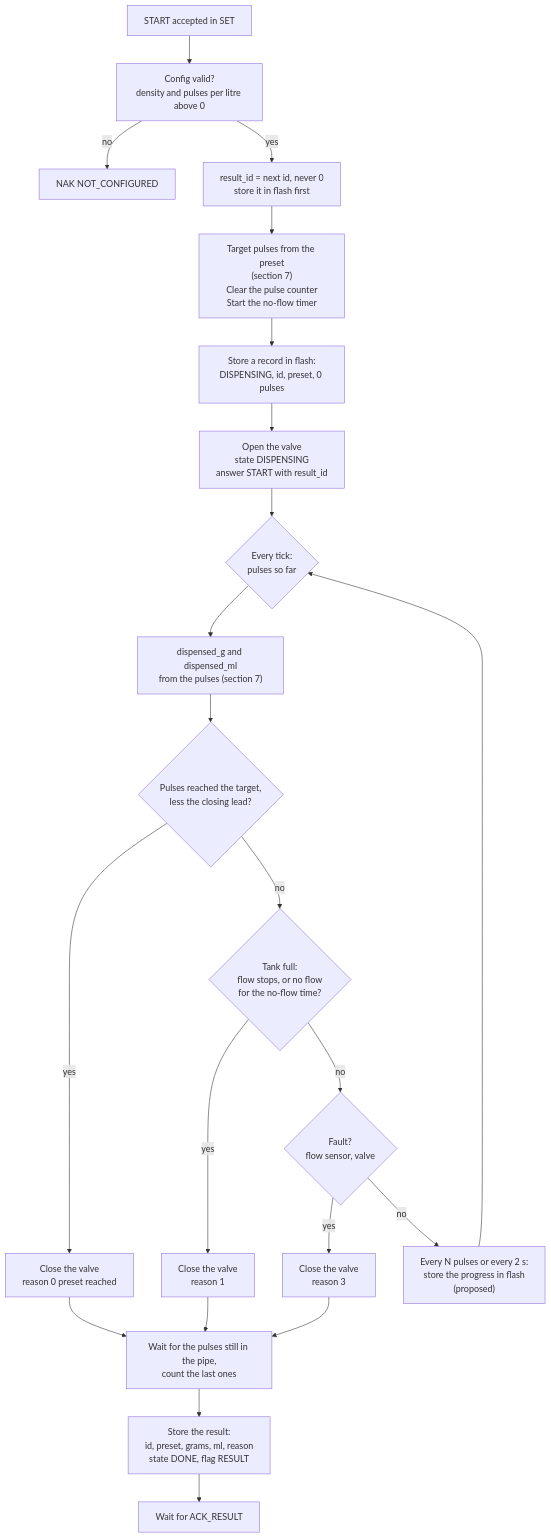
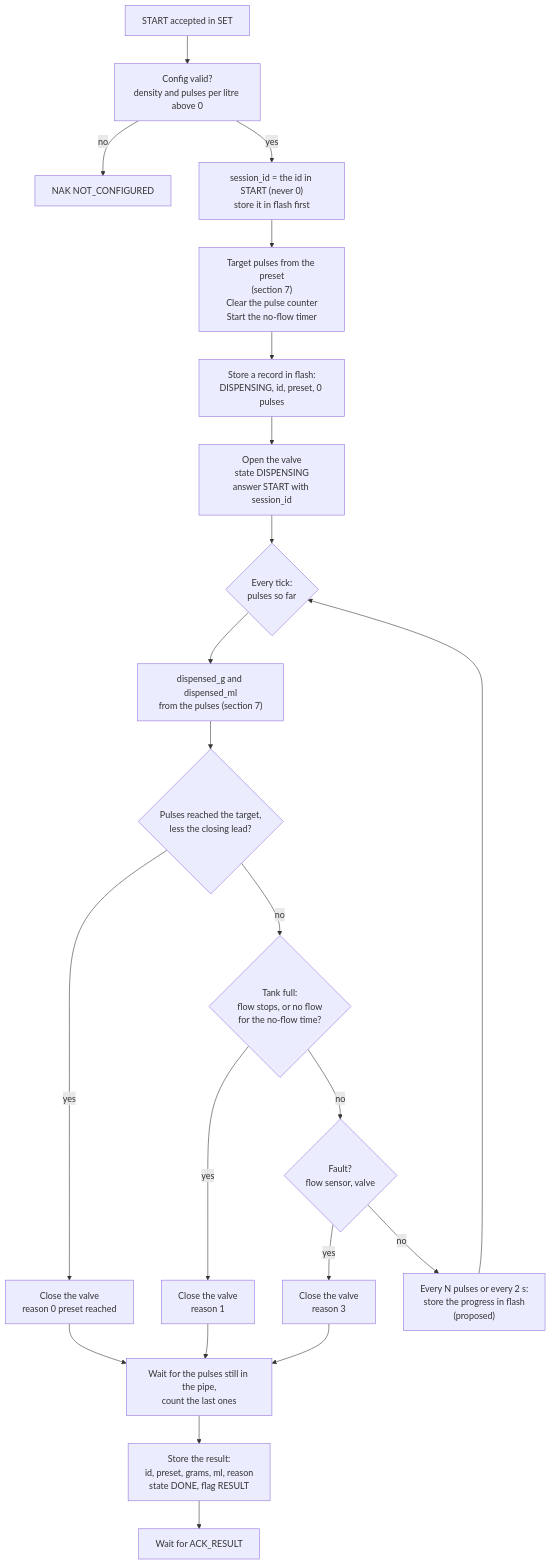
One commit to atosdev7/GasStaion changed the fifth of 8 diagrams in FIRMWARE_LOGIC.md. Above: the diagram before and after it, drawn with Mermaid. The commit also changed other lines of this file and 21 other files, not shown here.

Commit message:
Session ids: the terminal makes the id of a supply session, START carries it, the board keeps it with the result (protocol v0.5 draft); supplements are keyed by it

````diff
--- a/FIRMWARE_LOGIC.md
+++ b/FIRMWARE_LOGIC.md
@@ -171,24 +171,24 @@
 ```mermaid
 flowchart TD
     A["START accepted in SET"] --> B["Config valid?<br/>density and pulses per litre above 0"]
     B -- no --> B1["NAK NOT_CONFIGURED"]
-    B -- yes --> C["result_id = next id, never 0<br/>store it in flash first"]
+    B -- yes --> C["session_id = the id in START (never 0)<br/>store it in flash first"]
     C --> D["Target pulses from the preset<br/>(section 7)<br/>Clear the pulse counter<br/>Start the no-flow timer"]
     D --> E["Store a record in flash:<br/>DISPENSING, id, preset, 0 pulses"]
-    E --> F["Open the valve<br/>state DISPENSING<br/>answer START with result_id"]
+    E --> F["Open the valve<br/>state DISPENSING<br/>answer START with session_id"]
     F --> G{"Every tick:<br/>pulses so far"}
     G --> H["dispensed_g and dispensed_ml<br/>from the pulses (section 7)"]
     H --> I{"Pulses reached the target,<br/>less the closing lead?"}
     I -- yes --> J["Close the valve<br/>reason 0 preset reached"]
     I -- no --> K{"Tank full:<br/>flow stops, or no flow<br/>for the no-flow time?"}
     K -- yes --> L["Close the valve<br/>reason 1"]
     K -- no --> M{"Fault?<br/>flow sensor, valve"}
     M -- yes --> N["Close the valve<br/>reason 3"]
     M -- no --> O["Every N pulses or every 2 s:<br/>store the progress in flash<br/>(proposed)"]
     O --> G
     J --> P["Wait for the pulses still in the pipe,<br/>count the last ones"]
     L --> P
     N --> P
     P --> Q["Store the result:<br/>id, preset, grams, ml, reason<br/>state DONE, flag RESULT"]
     Q --> R["Wait for ACK_RESULT"]
 ```
````
